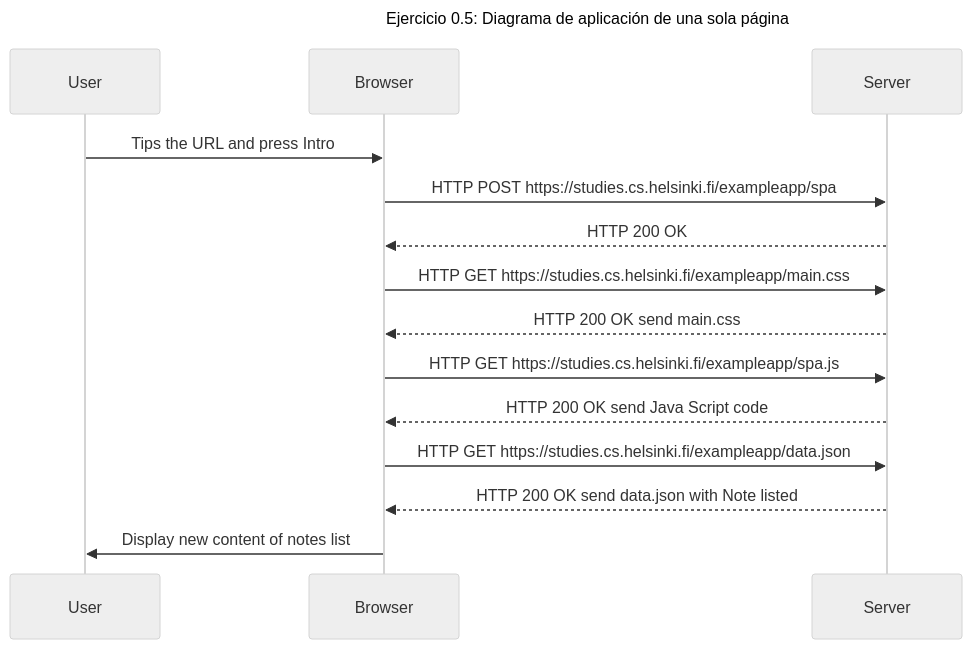
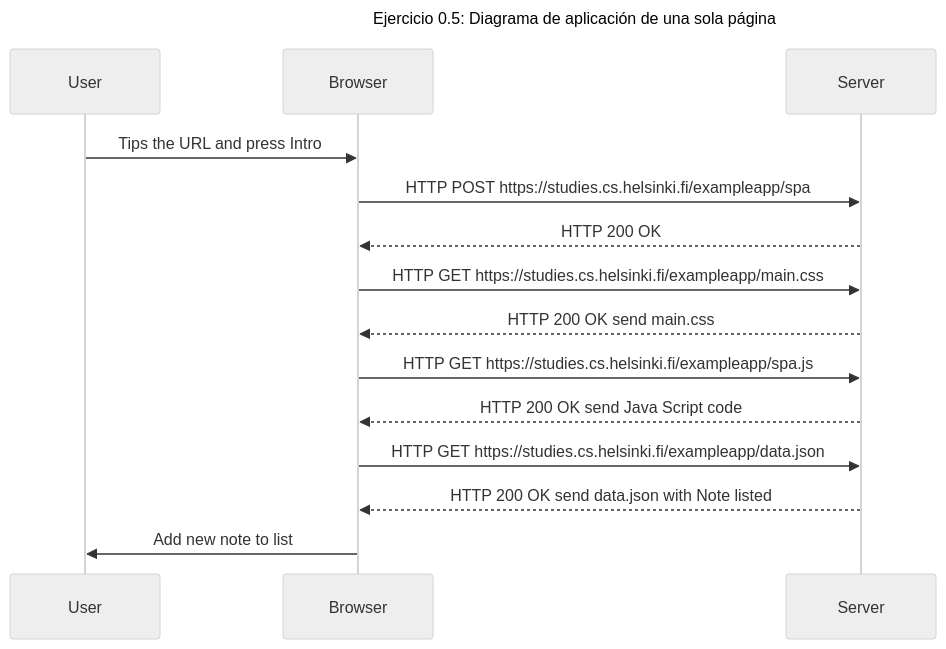
One commit to HaTeRMaNCo/fullstack changed the diagram in part0/0.5.mermaid.md. Above: the diagram before and after it, drawn with Mermaid (neutral theme).

Commit message:
last change

````diff
--- a/part0/0.5.mermaid.md
+++ b/part0/0.5.mermaid.md
@@ -1,17 +1,17 @@
 ```mermaid
 sequenceDiagram
     title Ejercicio 0.5: Diagrama de aplicación de una sola página
     participant User
     participant Browser
     participant Server
     User->>Browser: Tips the URL and press Intro
     Browser->>Server: HTTP POST https://studies.cs.helsinki.fi/exampleapp/spa
     Server-->>Browser: HTTP 200 OK
     Browser->>Server: HTTP GET https://studies.cs.helsinki.fi/exampleapp/main.css
     Server-->>Browser: HTTP 200 OK send main.css
     Browser->>Server: HTTP GET https://studies.cs.helsinki.fi/exampleapp/spa.js
     Server-->>Browser: HTTP 200 OK send Java Script code
     Browser->>Server: HTTP GET https://studies.cs.helsinki.fi/exampleapp/data.json
     Server-->>Browser: HTTP 200 OK send data.json with Note listed
-    Browser->>User: Display new content of notes list
+    Browser->>User: Add new note to list
 ```
````
